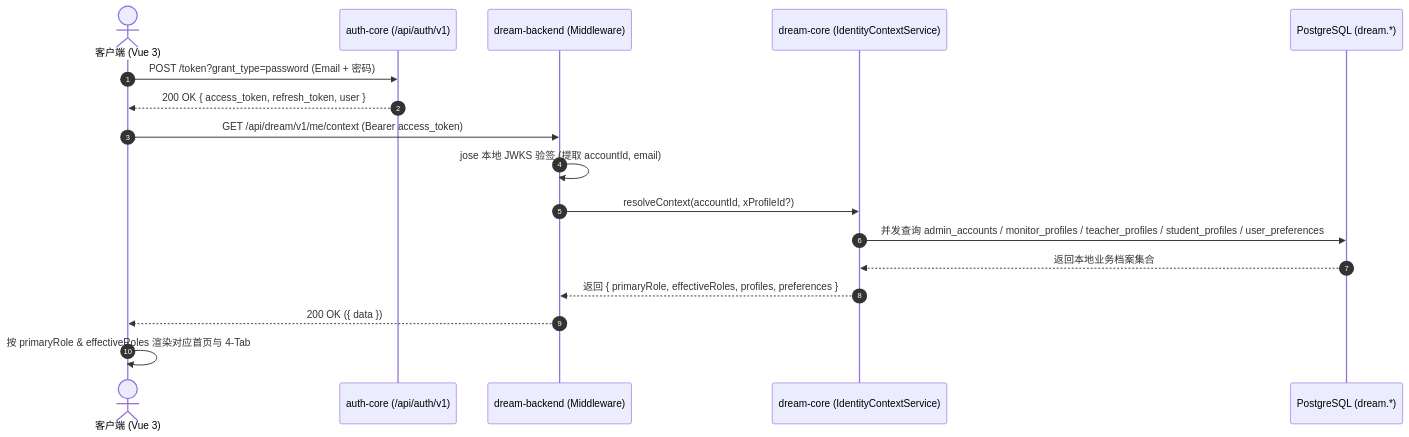
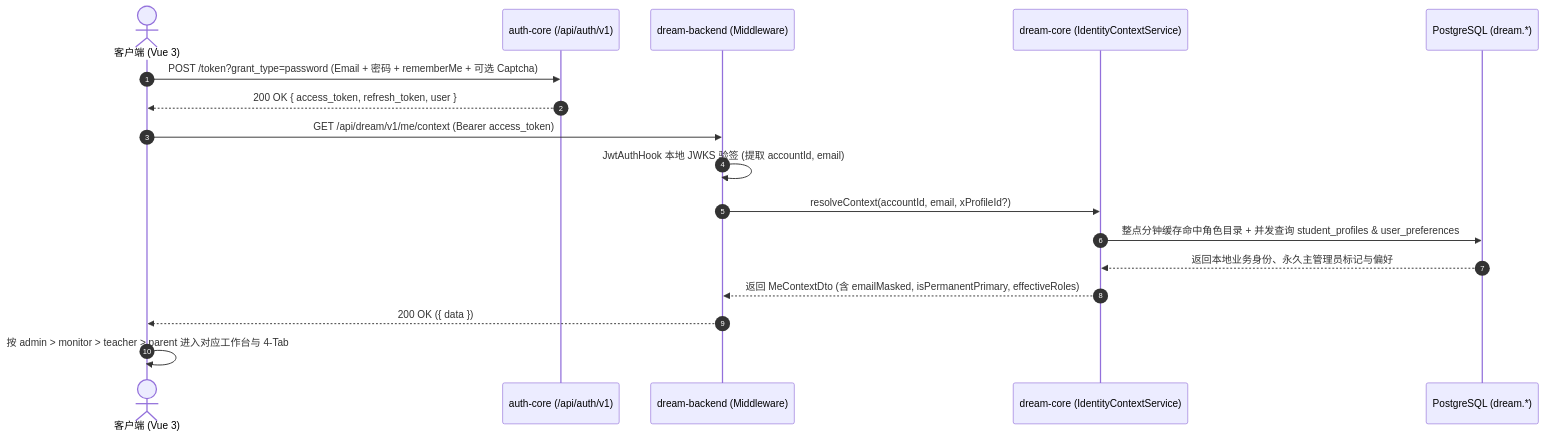
Before and after one commit to Onezao/dream: the first of 3 diagrams in docs/tdd/m0a_auth_and_roles.md, drawn with Mermaid. The commit also changed other lines of this file and 67 other files, not shown here.

````diff
--- a/docs/tdd/m0a_auth_and_roles.md
+++ b/docs/tdd/m0a_auth_and_roles.md
@@ -95,20 +129,20 @@
 ```mermaid
 sequenceDiagram
     autonumber
     actor User as 客户端 (Vue 3)
     participant AuthCore as auth-core (/api/auth/v1)
     participant Backend as dream-backend (Middleware)
     participant CoreSvc as dream-core (IdentityContextService)
     participant DB as PostgreSQL (dream.*)
 
-    User->>AuthCore: POST /token?grant_type=password (Email + 密码)
+    User->>AuthCore: POST /token?grant_type=password (Email + 密码 + rememberMe + 可选 Captcha)
     AuthCore-->>User: 200 OK { access_token, refresh_token, user }
     User->>Backend: GET /api/dream/v1/me/context (Bearer access_token)
-    Backend->>Backend: jose 本地 JWKS 验签 (提取 accountId, email)
-    Backend->>CoreSvc: resolveContext(accountId, xProfileId?)
-    CoreSvc->>DB: 并发查询 admin_accounts / monitor_profiles / teacher_profiles / student_profiles / user_preferences
-    DB-->>CoreSvc: 返回本地业务档案集合
-    CoreSvc-->>Backend: 返回 { primaryRole, effectiveRoles, profiles, preferences }
+    Backend->>Backend: JwtAuthHook 本地 JWKS 验签 (提取 accountId, email)
+    Backend->>CoreSvc: resolveContext(accountId, email, xProfileId?)
+    CoreSvc->>DB: 整点分钟缓存命中角色目录 + 并发查询 student_profiles & user_preferences
+    DB-->>CoreSvc: 返回本地业务身份、永久主管理员标记与偏好
+    CoreSvc-->>Backend: 返回 MeContextDto (含 emailMasked, isPermanentPrimary, effectiveRoles)
     Backend-->>User: 200 OK ({ data })
-    User->>User: 按 primaryRole & effectiveRoles 渲染对应首页与 4-Tab
+    User->>User: 按 admin > monitor > teacher > parent 进入对应工作台与 4-Tab
 ```
````
